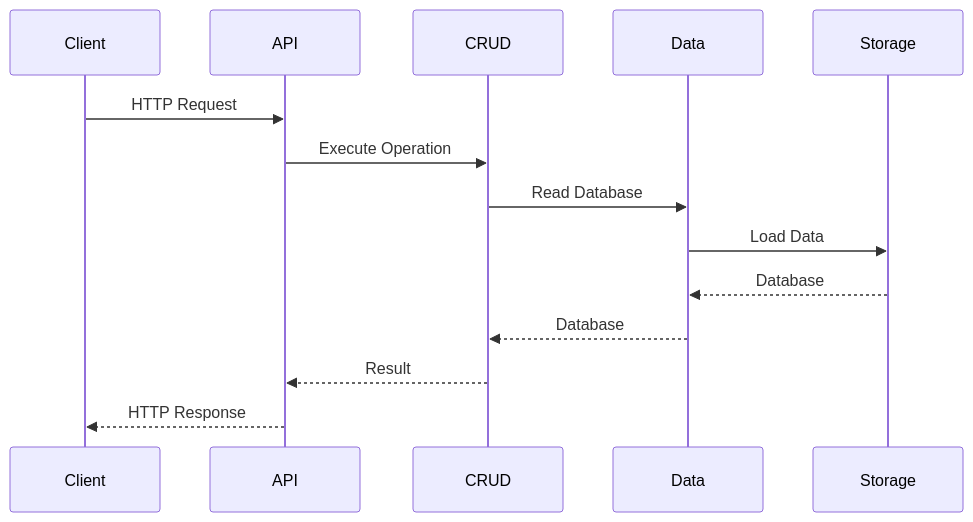
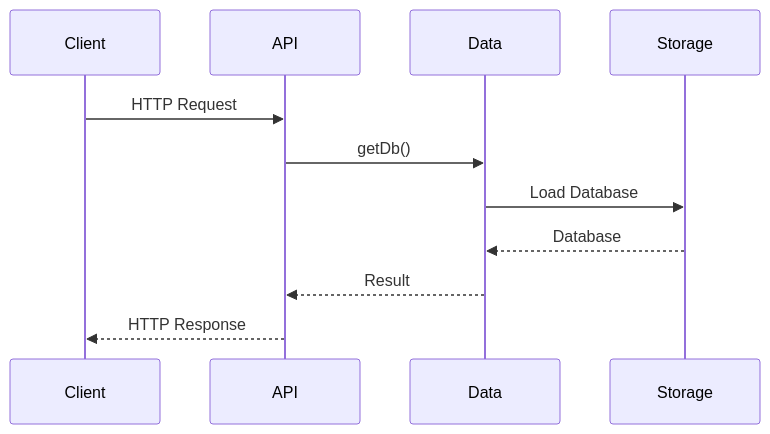
One commit to seanwhs/Tutorials changed the second of 2 diagrams in NextJS/Mock-API-Server/AppendixA-Project-Structure.md. Above: the diagram before and after it, drawn with Mermaid. The commit also changed other lines of this file, not shown here.

````diff
--- a/NextJS/Mock-API-Server/AppendixA-Project-Structure.md
+++ b/NextJS/Mock-API-Server/AppendixA-Project-Structure.md
@@ -349,29 +453,20 @@
 ```mermaid
 sequenceDiagram
 
 participant Client
-
 participant API
-
-participant CRUD
-
 participant Data
-
 participant Storage
 
 Client->>API: HTTP Request
 
-API->>CRUD: Execute Operation
+API->>Data: getDb()
 
-CRUD->>Data: Read Database
-
-Data->>Storage: Load Data
+Data->>Storage: Load Database
 
 Storage-->>Data: Database
 
-Data-->>CRUD: Database
-
-CRUD-->>API: Result
+Data-->>API: Result
 
 API-->>Client: HTTP Response
 ```
````
